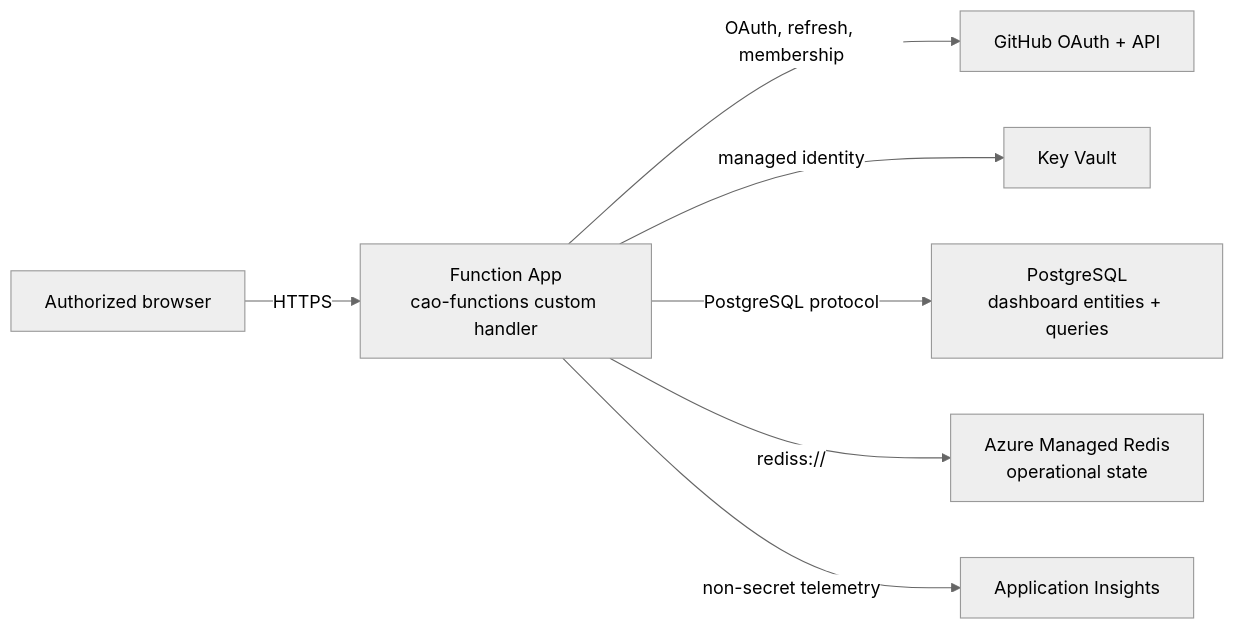
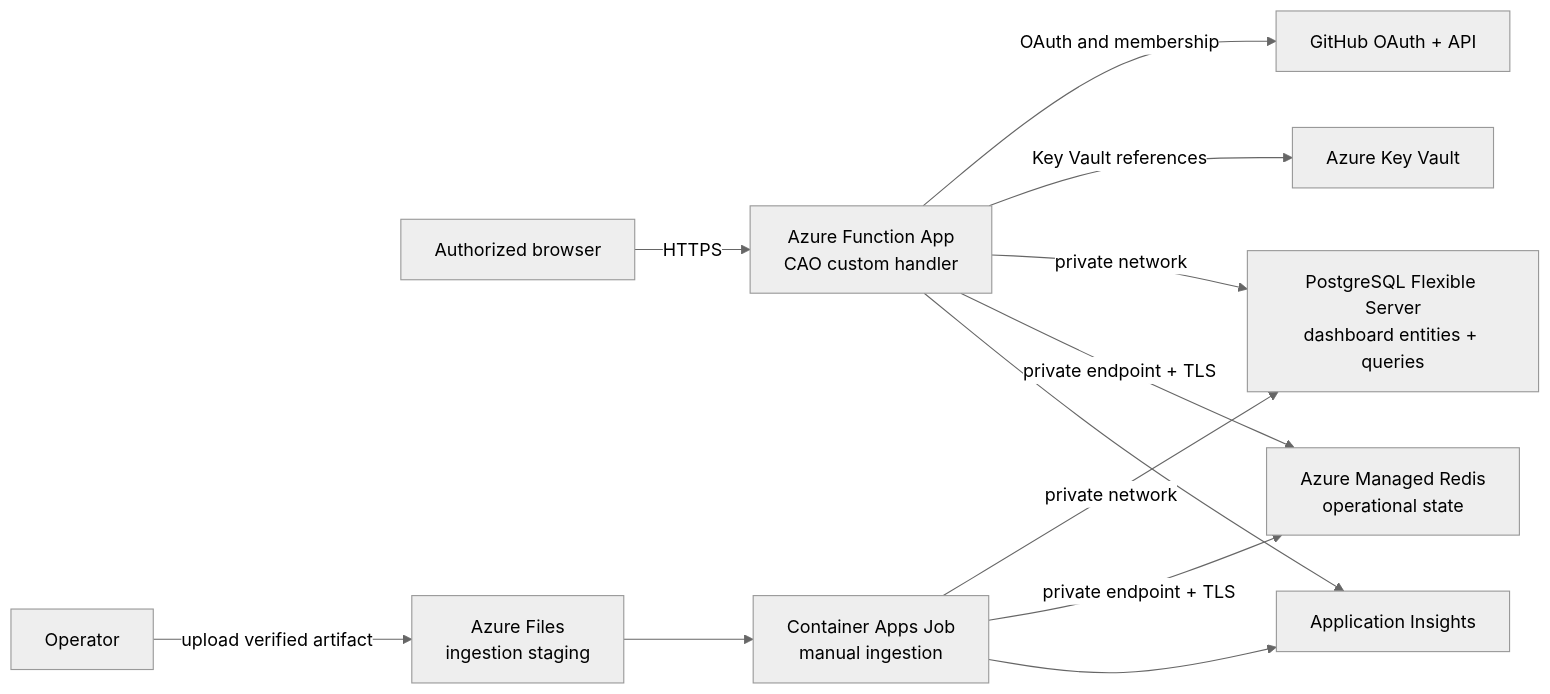
One commit to bradygaster/gh-aw-cao changed the diagram in docs/deployment-azure.md. Above: the diagram before and after it, drawn with Mermaid (neutral theme). The commit also changed other lines of this file and 24 other files, not shown here.

Commit message:
Make Azure deployment staging-ready

````diff
--- a/docs/deployment-azure.md
+++ b/docs/deployment-azure.md
@@ -19,9 +13,14 @@
 ```mermaid
 flowchart LR
-  Browser["Authorized browser"] -->|"HTTPS"| Function["Function App<br/>cao-functions custom handler"]
-  Function -->|"OAuth, refresh, membership"| GitHub["GitHub OAuth + API"]
-  Function -->|"managed identity"| KeyVault["Key Vault"]
-  Function -->|"PostgreSQL protocol"| Postgres["PostgreSQL<br/>dashboard entities + queries"]
-  Function -->|"rediss://"| Redis["Azure Managed Redis<br/>operational state"]
-  Function -->|"non-secret telemetry"| Insights["Application Insights"]
+  Browser["Authorized browser"] -->|"HTTPS"| Function["Azure Function App<br/>CAO custom handler"]
+  Function -->|"OAuth and membership"| GitHub["GitHub OAuth + API"]
+  Function -->|"Key Vault references"| Vault["Azure Key Vault"]
+  Function -->|"private network"| Postgres["PostgreSQL Flexible Server<br/>dashboard entities + queries"]
+  Function -->|"private endpoint + TLS"| Redis["Azure Managed Redis<br/>operational state"]
+  Operator["Operator"] -->|"upload verified artifact"| Files["Azure Files<br/>ingestion staging"]
+  Files --> Job["Container Apps Job<br/>manual ingestion"]
+  Job -->|"private network"| Postgres
+  Job -->|"private endpoint + TLS"| Redis
+  Function --> Insights["Application Insights"]
+  Job --> Insights
 ```
````
